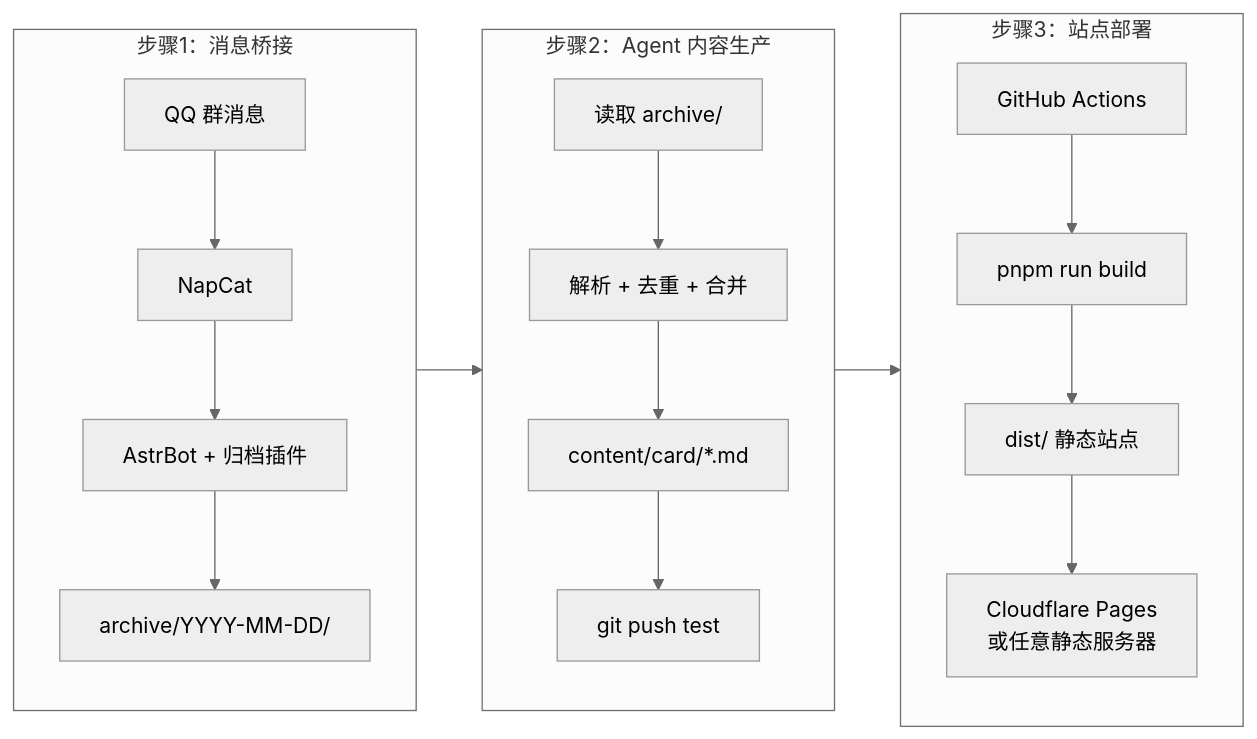
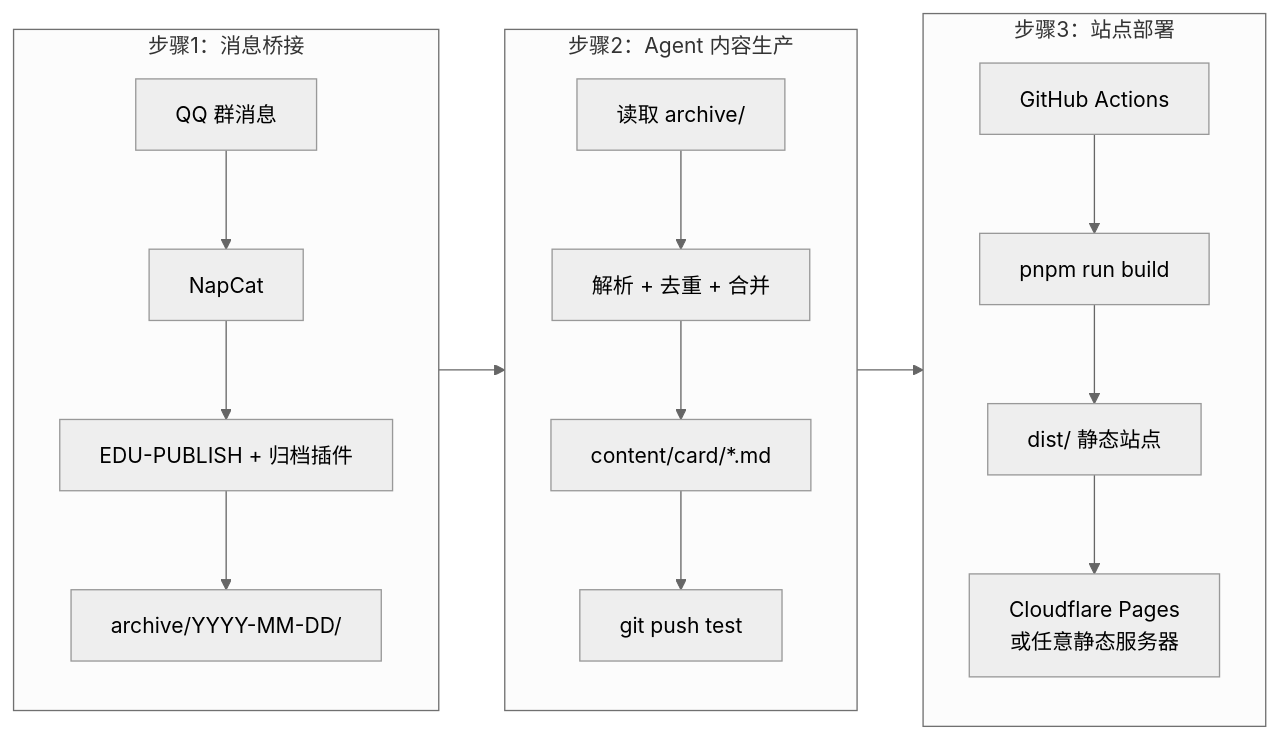
Before and after one commit to guiguisocute/edu-publish-docs: the diagram in intro/architecture.md, drawn with Mermaid (neutral theme). The commit also changed 52 other files, not shown here.

````diff
--- a/intro/architecture.md
+++ b/intro/architecture.md
@@ -7,25 +7,25 @@
 ```mermaid
 flowchart LR
   subgraph bridge["步骤1：消息桥接"]
     direction TB
     QQ["QQ 群消息"] --> NapCat["NapCat"]
-    NapCat --> AstrBot["AstrBot + 归档插件"]
-    AstrBot --> archive["archive/YYYY-MM-DD/"]
+    NapCat --> EDU-PUBLISH["EDU-PUBLISH + 归档插件"]
+    EDU-PUBLISH --> archive["archive/YYYY-MM-DD/"]
   end
 
   subgraph agent["步骤2：Agent 内容生产"]
     direction TB
     read["读取 archive/"] --> parse["解析 + 去重 + 合并"]
     parse --> card["content/card/*.md"]
     card --> push["git push test"]
   end
 
   subgraph deploy["步骤3：站点部署"]
     direction TB
     actions["GitHub Actions"] --> build["pnpm run build"]
     build --> dist["dist/ 静态站点"]
     dist --> host["Cloudflare Pages<br/>或任意静态服务器"]
   end
 
   bridge --> agent --> deploy
 ```
````
